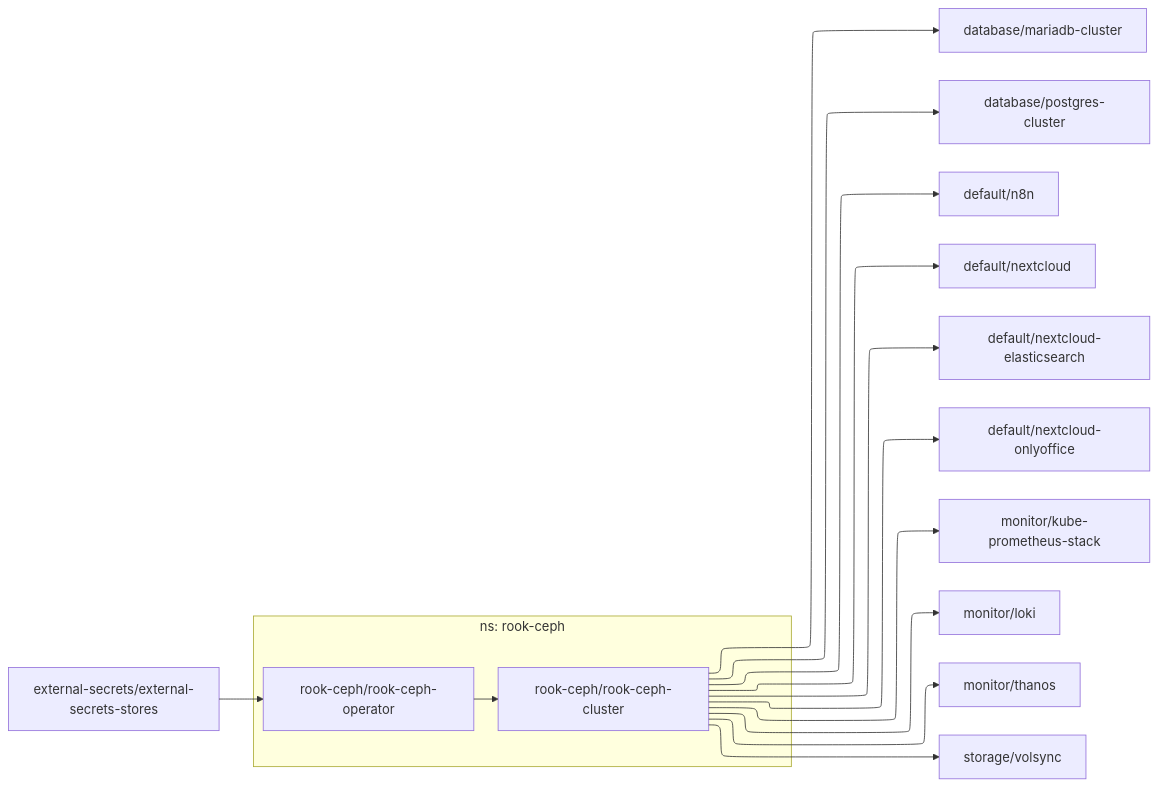
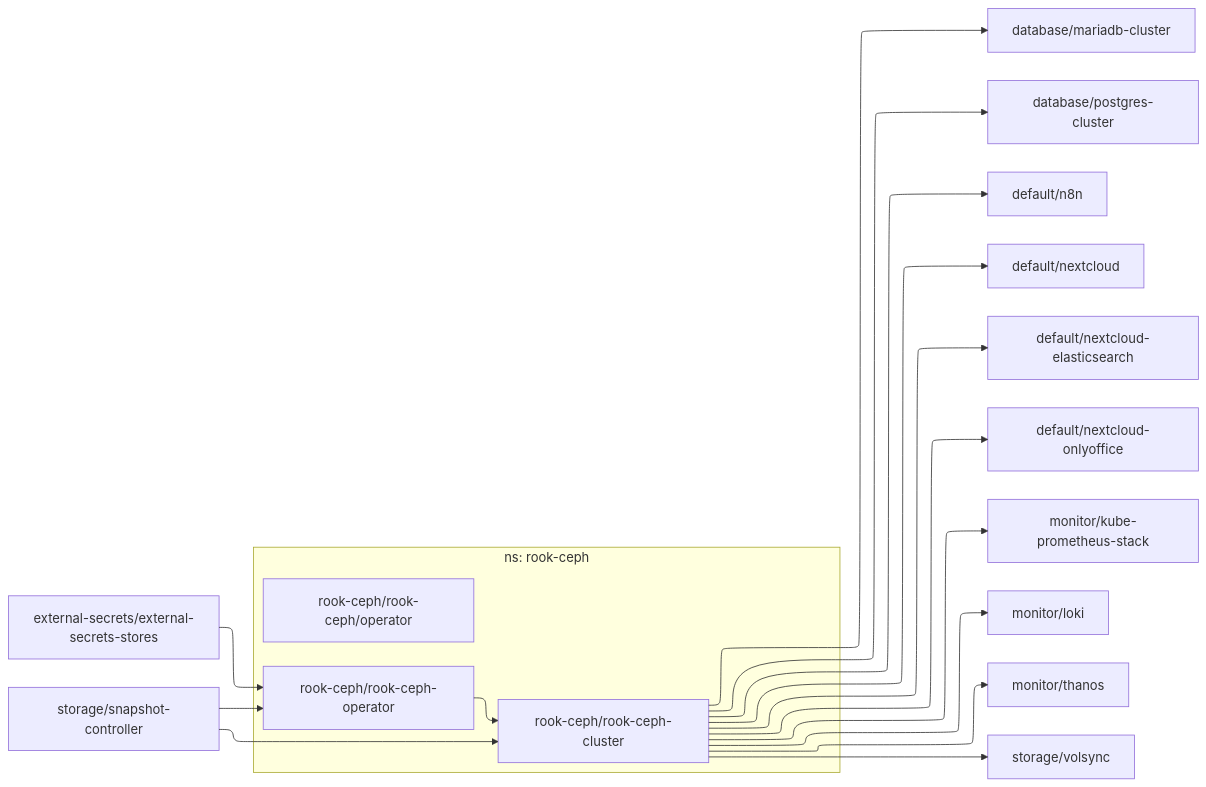
The diagram in dependencies/DEPENDENCIES-rook-ceph.md (roblandry/home-ops), drawn with Mermaid before and after one commit. The commit also changed 23 other files, not shown here.

````diff
--- a/dependencies/DEPENDENCIES-rook-ceph.md
+++ b/dependencies/DEPENDENCIES-rook-ceph.md
@@ -1,22 +1,26 @@
 ```mermaid
 ---
 config:
   layout: elk
 ---
 flowchart LR
 
   subgraph "ns: rook-ceph"
+    rook-ceph/rook-ceph-operator
+    rook-ceph/rook-ceph/operator
     rook-ceph/rook-ceph-operator --> rook-ceph/rook-ceph-cluster
   end
   external-secrets/external-secrets-stores --> rook-ceph/rook-ceph-operator
   rook-ceph/rook-ceph-cluster --> database/mariadb-cluster
   rook-ceph/rook-ceph-cluster --> database/postgres-cluster
   rook-ceph/rook-ceph-cluster --> default/n8n
   rook-ceph/rook-ceph-cluster --> default/nextcloud
   rook-ceph/rook-ceph-cluster --> default/nextcloud-elasticsearch
   rook-ceph/rook-ceph-cluster --> default/nextcloud-onlyoffice
   rook-ceph/rook-ceph-cluster --> monitor/kube-prometheus-stack
   rook-ceph/rook-ceph-cluster --> monitor/loki
   rook-ceph/rook-ceph-cluster --> monitor/thanos
   rook-ceph/rook-ceph-cluster --> storage/volsync
+  storage/snapshot-controller --> rook-ceph/rook-ceph-cluster
+  storage/snapshot-controller --> rook-ceph/rook-ceph-operator
 ```
````
